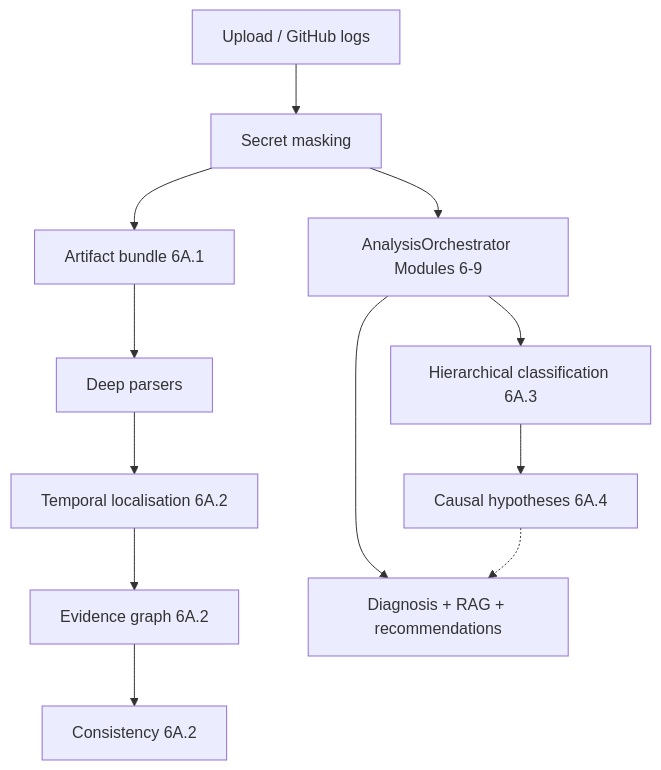
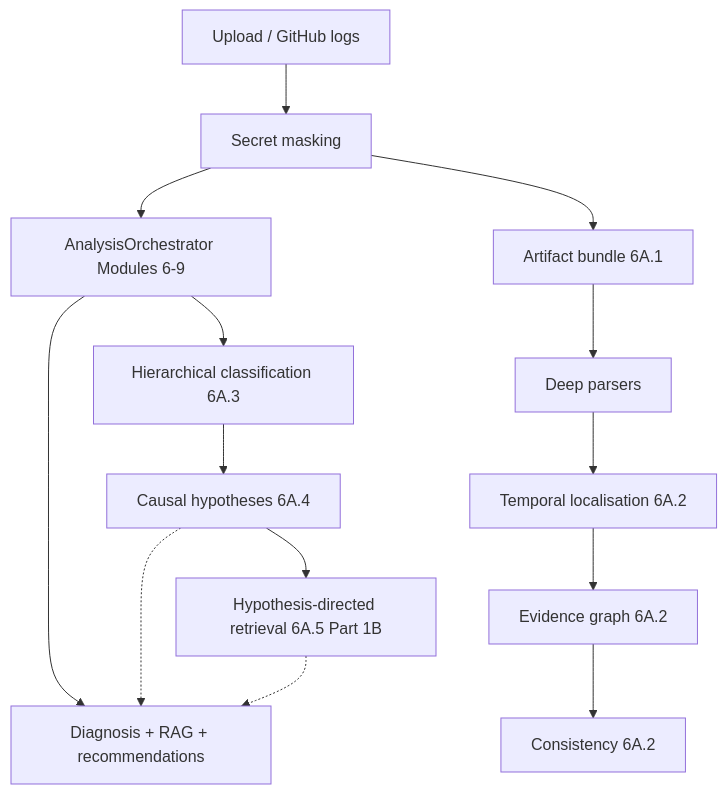
One commit to chanukaabeysinghe1031/devguard_ai changed the diagram in docs/PHASE6A_CAUSAL_AI_PIPELINE.md. Above: the diagram before and after it, drawn with Mermaid. The commit also changed other lines of this file and 7 other files, not shown here.

First line of the commit message:
docs: document Phase 6A.5 Part 1B hypothesis retrieval foundation

````diff
--- a/docs/PHASE6A_CAUSAL_AI_PIPELINE.md
+++ b/docs/PHASE6A_CAUSAL_AI_PIPELINE.md
@@ -18,14 +20,16 @@
 ```mermaid
 flowchart TB
   U[Upload / GitHub logs] --> M[Secret masking]
   M --> O[AnalysisOrchestrator Modules 6-9]
   M --> B[Artifact bundle 6A.1]
   B --> P[Deep parsers]
   P --> T[Temporal localisation 6A.2]
   T --> G[Evidence graph 6A.2]
   G --> C[Consistency 6A.2]
   O --> H[Hierarchical classification 6A.3]
   H --> Y[Causal hypotheses 6A.4]
+  Y --> R5[Hypothesis-directed retrieval 6A.5 Part 1B]
   O --> D[Diagnosis + RAG + recommendations]
   Y -.-> D
+  R5 -.-> D
 ```
````
